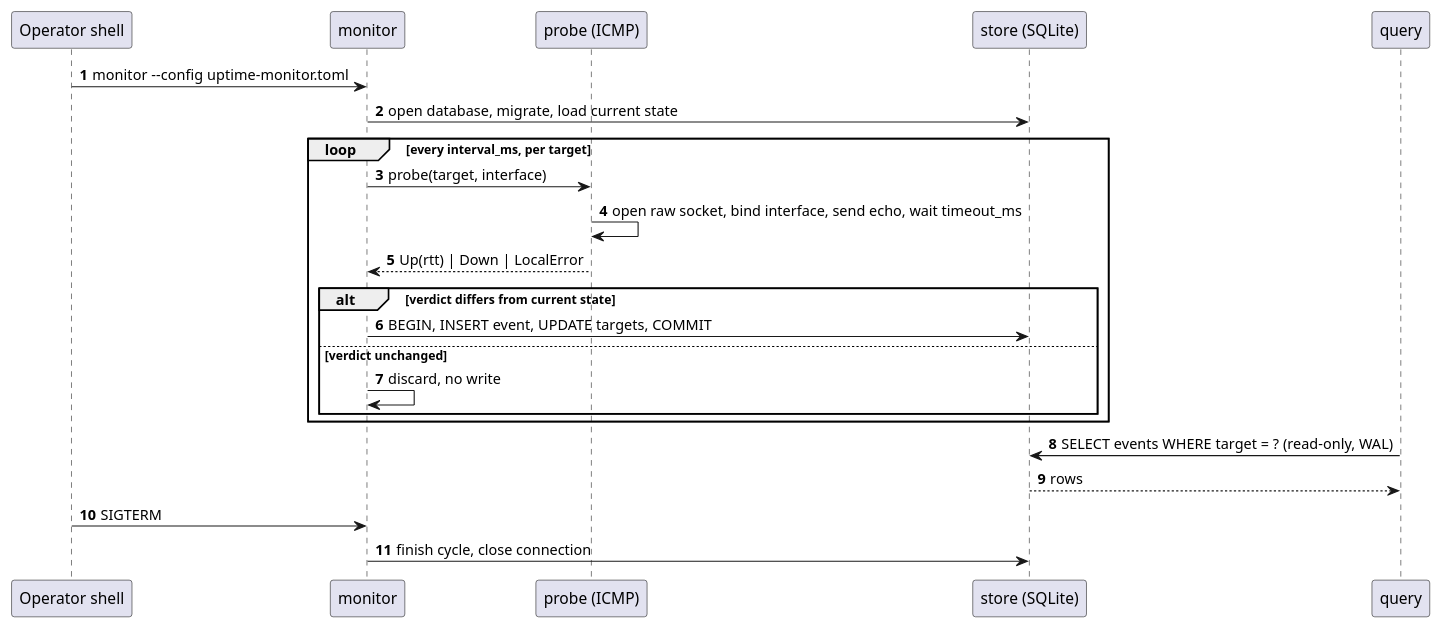
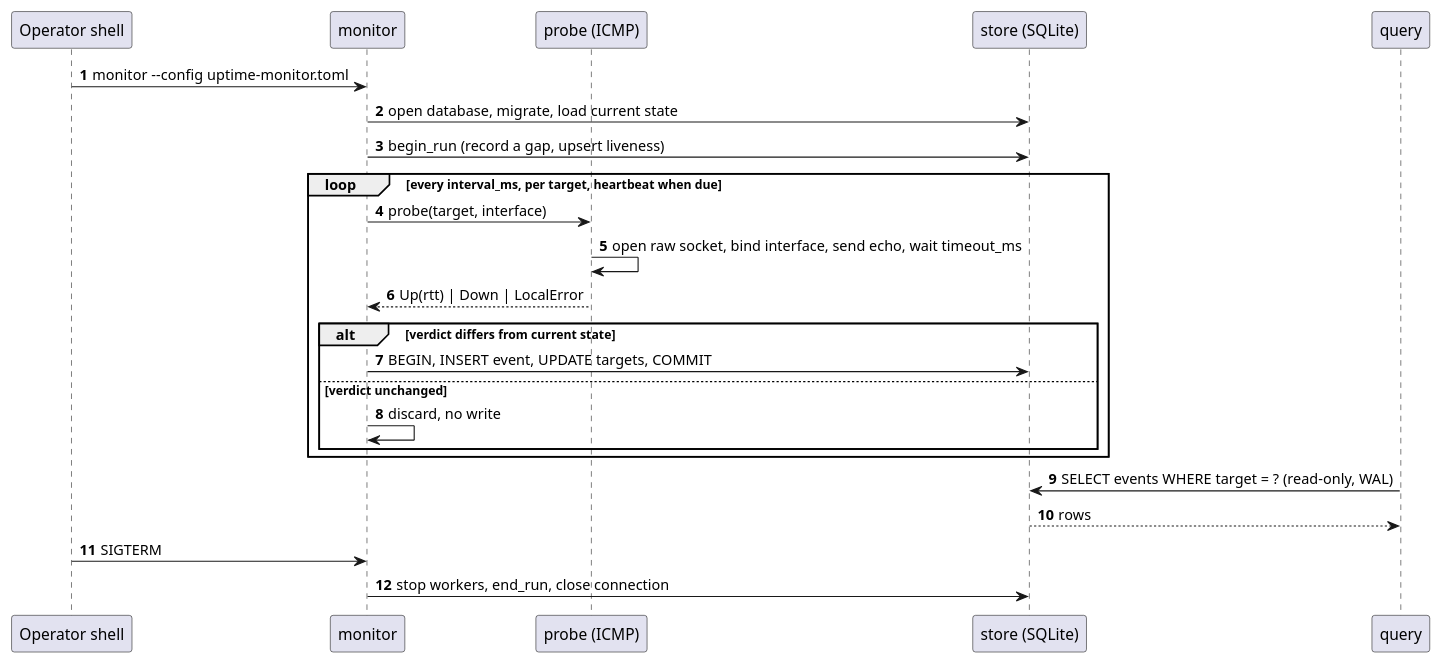
One commit to dashie/network-monitor changed the third of 3 diagrams in docs/ARCHITECTURE.md. Above: the diagram before and after it, drawn with PlantUML. The commit also changed other lines of this file and 25 other files, not shown here.

````diff
--- a/docs/ARCHITECTURE.md
+++ b/docs/ARCHITECTURE.md
@@ -375,28 +385,28 @@
 ```plantuml
 @startuml
 autonumber
 
 participant "Operator shell" as Op
 participant "monitor" as Mon
 participant "probe (ICMP)" as Pr
 participant "store (SQLite)" as St
 participant "query" as Q
 
 Op -> Mon : monitor --config uptime-monitor.toml
 Mon -> St : open database, migrate, load current state
-loop every interval_ms, per target
+Mon -> St : begin_run (record a gap, upsert liveness)
+loop every interval_ms, per target, heartbeat when due
     Mon -> Pr : probe(target, interface)
     Pr -> Pr : open raw socket, bind interface, send echo, wait timeout_ms
     Pr --> Mon : Up(rtt) | Down | LocalError
     alt verdict differs from current state
         Mon -> St : BEGIN, INSERT event, UPDATE targets, COMMIT
     else verdict unchanged
         Mon -> Mon : discard, no write
     end
 end
 Q -> St : SELECT events WHERE target = ? (read-only, WAL)
 St --> Q : rows
 Op -> Mon : SIGTERM
-Mon -> St : finish cycle, close connection
-@enduml
+Mon -> St : stop workers, end_run, close connection
 ```
````
